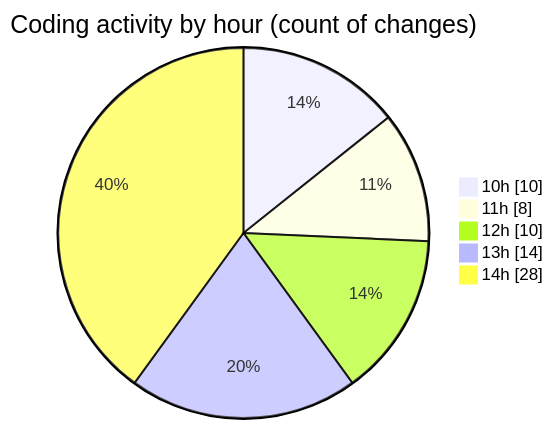
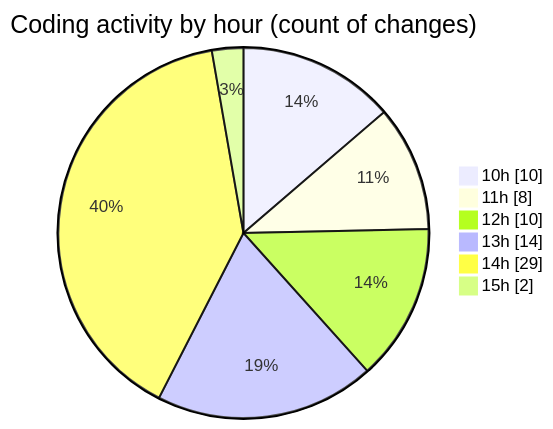
The second of 2 diagrams in 2025-07-29/nxtqube_webapp/README.md (nxtqubesakshisongat/code-tracking), drawn with Mermaid before and after one commit. The commit also changed other lines of this file and 1 other file, not shown here.

````diff
--- a/2025-07-29/nxtqube_webapp/README.md
+++ b/2025-07-29/nxtqube_webapp/README.md
@@ -36,9 +36,10 @@
 ```mermaid
 pie showData
 title Coding activity by hour (count of changes)
 "10h" : 10
 "11h" : 8
 "12h" : 10
 "13h" : 14
-"14h" : 28
+"14h" : 29
+"15h" : 2
 ```
````
